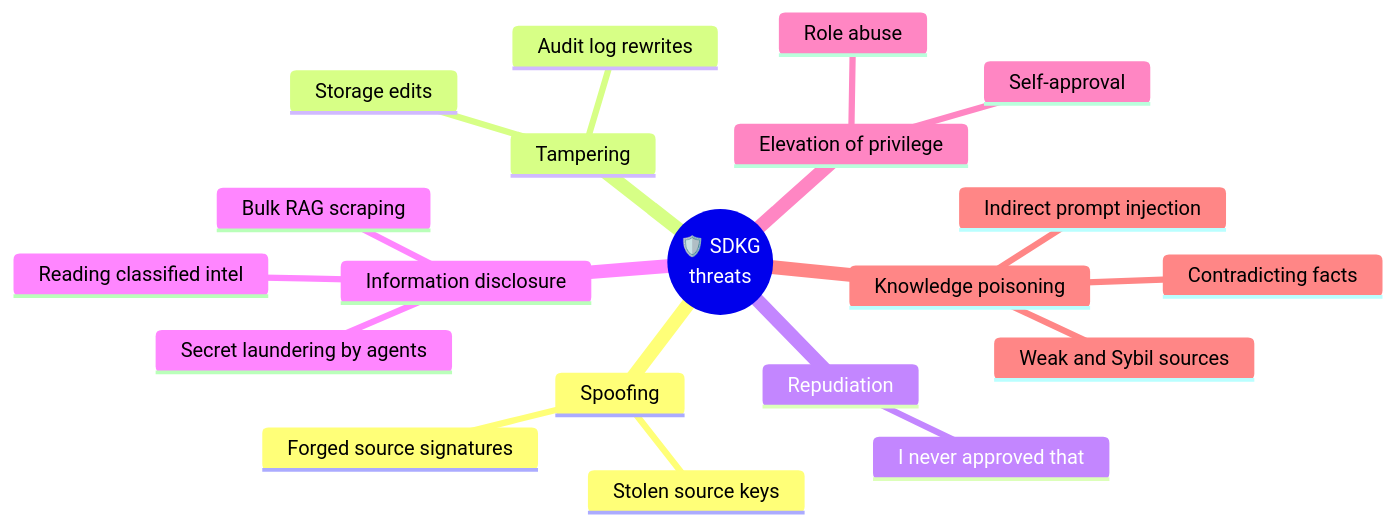
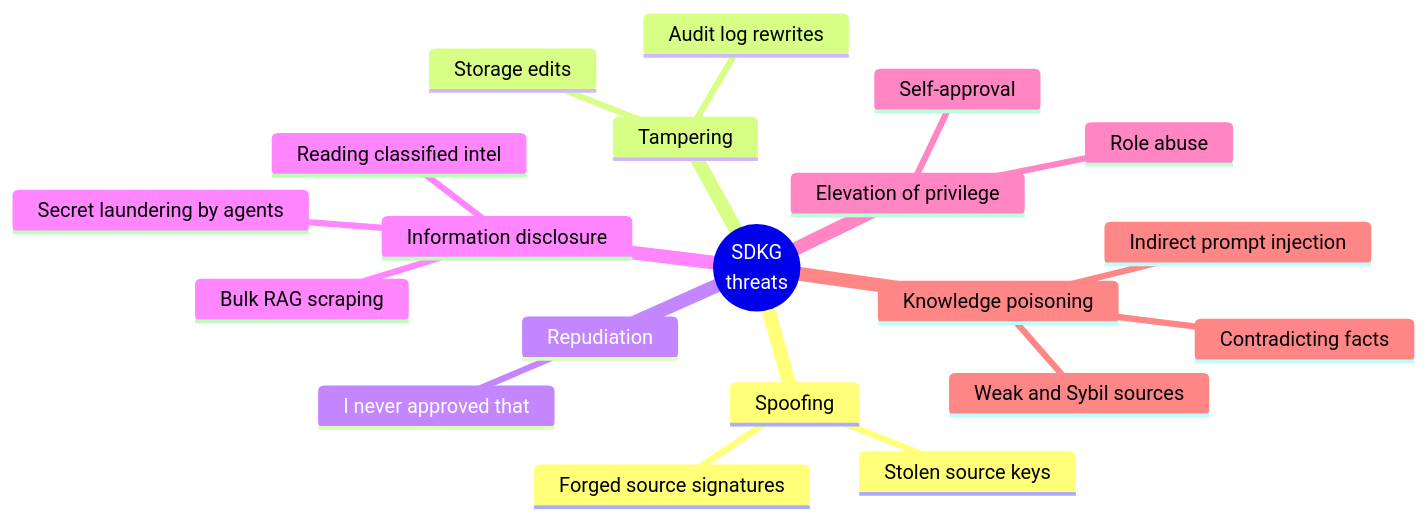
Diagram 13 of 14 in README.md (Prashasthi-18/Secure-Dynamic-Knowledge-Graph), drawn with Mermaid before and after one commit. The commit also changed other lines of this file and 25 other files, not shown here.

````diff
--- a/README.md
+++ b/README.md
@@ -637,23 +681,23 @@
 ```mermaid
 mindmap
-  root((🛡️ SDKG<br/>threats))
+  root((SDKG<br/>threats))
     Spoofing
       Forged source signatures
       Stolen source keys
     Tampering
       Storage edits
       Audit log rewrites
     Repudiation
       I never approved that
     Information disclosure
       Reading classified intel
       Secret laundering by agents
       Bulk RAG scraping
     Elevation of privilege
       Self-approval
       Role abuse
     Knowledge poisoning
       Weak and Sybil sources
       Contradicting facts
       Indirect prompt injection
 ```
````
